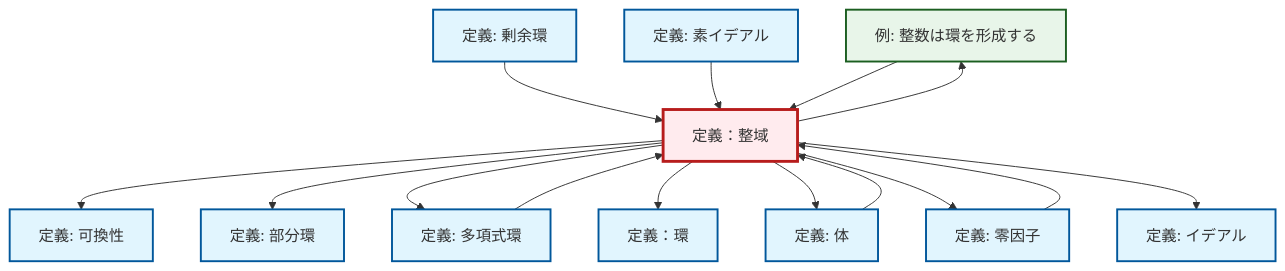
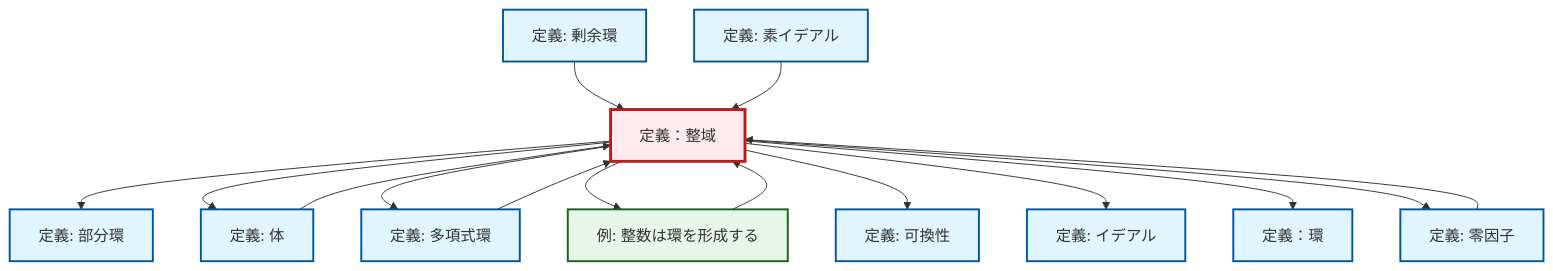
Before and after one commit to RK0429/ModernMath: the diagram in content/ja/algebra/def-integral-domain.qmd, drawn with Mermaid. The commit also changed 672 other files, not shown here.

````diff
--- a/content/ja/algebra/def-integral-domain.qmd
+++ b/content/ja/algebra/def-integral-domain.qmd
@@ -95,45 +95,45 @@
 ```{mermaid}
-%%| fig-cap: "Local dependency graph"
+%%| fig-cap: "ローカル依存関係グラフ"
 graph TD
     classDef definition fill:#e1f5fe,stroke:#01579b,stroke-width:2px
     classDef theorem fill:#f3e5f5,stroke:#4a148c,stroke-width:2px
     classDef axiom fill:#fff3e0,stroke:#e65100,stroke-width:2px
     classDef example fill:#e8f5e9,stroke:#1b5e20,stroke-width:2px
     classDef current fill:#ffebee,stroke:#b71c1c,stroke-width:3px
-    ex-integers-ring["例: 整数は環を形成する"]:::example
-    def-field["定義: 体"]:::definition
-    def-ring["定義：環"]:::definition
+    def-integral-domain["定義：整域"]:::definition
+    def-commutativity["定義: 可換性"]:::definition
     def-subring["定義: 部分環"]:::definition
     def-prime-ideal["定義: 素イデアル"]:::definition
     def-quotient-ring["定義: 剰余環"]:::definition
-    def-commutativity["定義: 可換性"]:::definition
+    def-ideal["定義: イデアル"]:::definition
     def-polynomial-ring["定義: 多項式環"]:::definition
-    def-integral-domain["定義：整域"]:::definition
-    def-ideal["定義: イデアル"]:::definition
+    def-ring["定義：環"]:::definition
     def-zero-divisor["定義: 零因子"]:::definition
-    def-field --> def-integral-domain
+    def-field["定義: 体"]:::definition
+    ex-integers-ring["例: 整数は環を形成する"]:::example
+    def-integral-domain --> def-subring
+    def-polynomial-ring --> def-integral-domain
+    def-quotient-ring --> def-integral-domain
+    def-zero-divisor --> def-integral-domain
+    def-integral-domain --> def-field
+    def-integral-domain --> def-polynomial-ring
     def-integral-domain --> ex-integers-ring
     def-integral-domain --> def-commutativity
-    def-quotient-ring --> def-integral-domain
     def-prime-ideal --> def-integral-domain
-    def-integral-domain --> def-subring
-    def-integral-domain --> def-polynomial-ring
+    def-integral-domain --> def-ideal
     ex-integers-ring --> def-integral-domain
-    def-polynomial-ring --> def-integral-domain
+    def-field --> def-integral-domain
     def-integral-domain --> def-ring
-    def-zero-divisor --> def-integral-domain
-    def-integral-domain --> def-field
     def-integral-domain --> def-zero-divisor
-    def-integral-domain --> def-ideal
     class def-integral-domain current
-    click ex-integers-ring "ex-integers-ring.html" "整数は環を形成するの例へ"
-    click def-field "def-field.html" "体の定義へ"
-    click def-ring "def-ring.html" "定義：環へ"
+    click def-commutativity "def-commutativity.html" "可換性の定義へ"
     click def-subring "def-subring.html" "部分環の定義へ"
     click def-prime-ideal "def-prime-ideal.html" "素イデアルの定義へ"
     click def-quotient-ring "def-quotient-ring.html" "剰余環の定義へ"
-    click def-commutativity "def-commutativity.html" "可換性の定義へ"
+    click def-ideal "def-ideal.html" "イデアルの定義へ"
     click def-polynomial-ring "def-polynomial-ring.html" "多項式環の定義へ"
-    click def-ideal "def-ideal.html" "イデアルの定義へ"
+    click def-ring "def-ring.html" "定義：環へ"
     click def-zero-divisor "def-zero-divisor.html" "零因子の定義へ"
+    click def-field "def-field.html" "体の定義へ"
+    click ex-integers-ring "ex-integers-ring.html" "整数は環を形成するの例へ"
 ```
````
